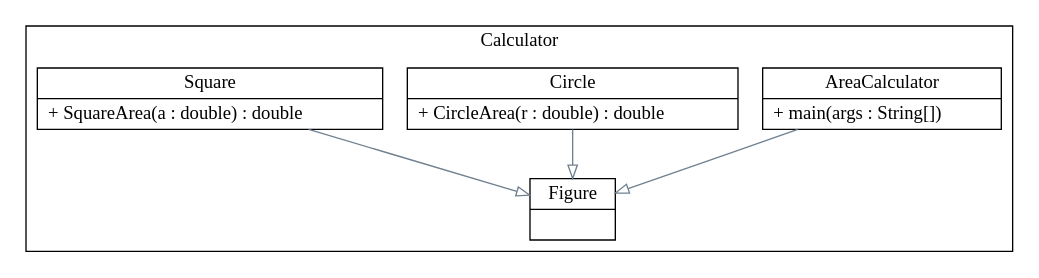
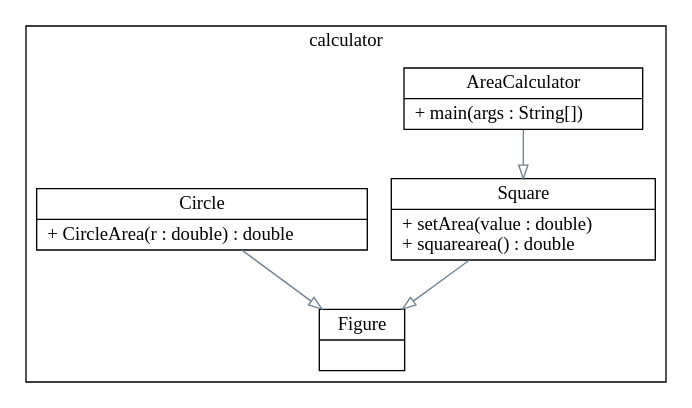
One commit to RychuKropkaExe/LaboratoriaTechnologie changed the diagram in target/LaboratoriaTechnologie.urm.dot. Above: the diagram before and after it, drawn with Graphviz. The commit also changed 18 other files, not shown here.

```diff
--- a/target/LaboratoriaTechnologie.urm.dot
+++ b/target/LaboratoriaTechnologie.urm.dot
@@ -1,14 +1,14 @@
 digraph domain {
   edge [ fontsize = 11 ];
   node [ shape=record ];
   subgraph cluster_0 {
-    label = "Calculator";
+    label = "calculator";
     AreaCalculator [ label = "{AreaCalculator | + main(args : String[])\l}" ] 
     Circle [ label = "{Circle | + CircleArea(r : double) : double\l}" ] 
     Figure [ label = "{Figure | }" ] 
-    Square [ label = "{Square | + SquareArea(a : double) : double\l}" ] 
+    Square [ label = "{Square | + setArea(value : double)\l+ squarearea() : double\l}" ] 
   }
-  AreaCalculator -> Figure [arrowhead=empty color=slategray];
+  AreaCalculator -> Square [arrowhead=empty color=slategray];
   Circle -> Figure [arrowhead=empty color=slategray];
   Square -> Figure [arrowhead=empty color=slategray];
 }
```
